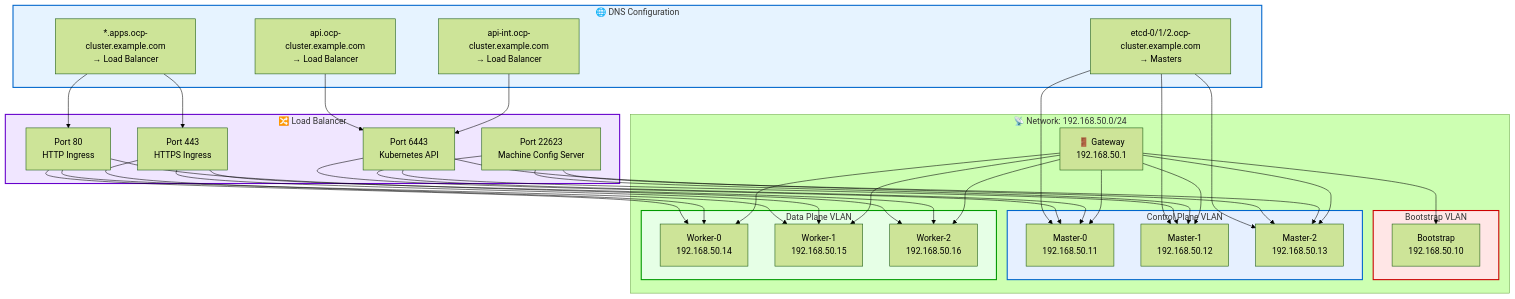
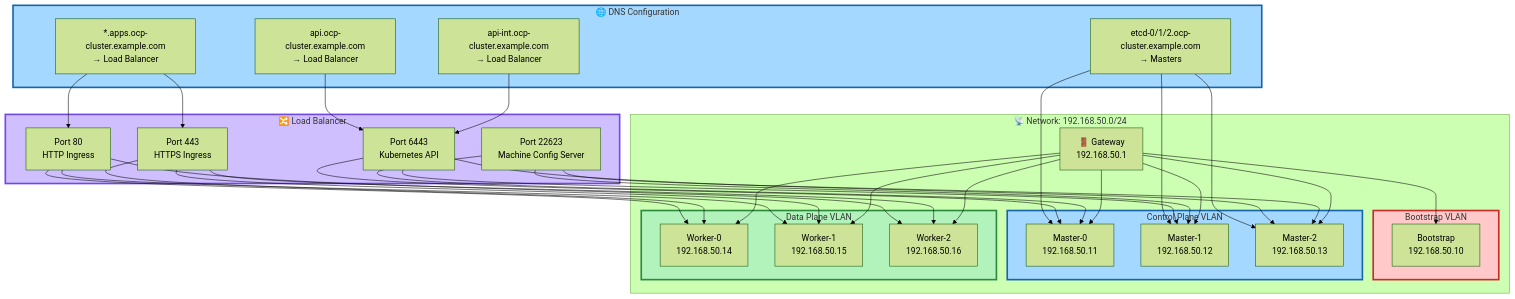
Before and after one commit to Z3ROX-lab/gtt-terraform-pour-openshift-UPI: the third of 8 diagrams in DIAGRAMS_MERMAID.md, drawn with Mermaid (forest theme). The commit also changed other lines of this file, not shown here.

First line of the commit message:
Amélioration des couleurs des diagrammes Mermaid pour meilleure visibilité

````diff
--- a/DIAGRAMS_MERMAID.md
+++ b/DIAGRAMS_MERMAID.md
@@ -171,74 +171,74 @@
 ```mermaid
 graph TB
     subgraph DNS["🌐 DNS Configuration"]
         API_DNS[api.ocp-cluster.example.com<br/>→ Load Balancer]
         API_INT_DNS[api-int.ocp-cluster.example.com<br/>→ Load Balancer]
         APPS_DNS[*.apps.ocp-cluster.example.com<br/>→ Load Balancer]
         ETCD_DNS[etcd-0/1/2.ocp-cluster.example.com<br/>→ Masters]
     end
 
     subgraph LB["🔀 Load Balancer"]
         LB_API[Port 6443<br/>Kubernetes API]
         LB_MCS[Port 22623<br/>Machine Config Server]
         LB_HTTP[Port 80<br/>HTTP Ingress]
         LB_HTTPS[Port 443<br/>HTTPS Ingress]
     end
 
     subgraph Network["📡 Network: 192.168.50.0/24"]
         GW[🚪 Gateway<br/>192.168.50.1]
 
         subgraph Bootstrap_Net["Bootstrap VLAN"]
             BS[Bootstrap<br/>192.168.50.10]
         end
 
         subgraph Masters_Net["Control Plane VLAN"]
             M0[Master-0<br/>192.168.50.11]
             M1[Master-1<br/>192.168.50.12]
             M2[Master-2<br/>192.168.50.13]
         end
 
         subgraph Workers_Net["Data Plane VLAN"]
             W0[Worker-0<br/>192.168.50.14]
             W1[Worker-1<br/>192.168.50.15]
             W2[Worker-2<br/>192.168.50.16]
         end
     end
 
     API_DNS --> LB_API
     API_INT_DNS --> LB_API
     APPS_DNS --> LB_HTTP
     APPS_DNS --> LB_HTTPS
     ETCD_DNS --> M0
     ETCD_DNS --> M1
     ETCD_DNS --> M2
 
     LB_API --> M0
     LB_API --> M1
     LB_API --> M2
 
     LB_MCS --> M0
     LB_MCS --> M1
     LB_MCS --> M2
 
     LB_HTTP --> W0
     LB_HTTP --> W1
     LB_HTTP --> W2
 
     LB_HTTPS --> W0
     LB_HTTPS --> W1
     LB_HTTPS --> W2
 
     GW --> BS
     GW --> M0
     GW --> M1
     GW --> M2
     GW --> W0
     GW --> W1
     GW --> W2
 
-    style DNS fill:#e6f3ff,stroke:#0066cc,stroke-width:2px
-    style LB fill:#f0e6ff,stroke:#6600cc,stroke-width:2px
-    style Bootstrap_Net fill:#ffe6e6,stroke:#cc0000,stroke-width:2px
-    style Masters_Net fill:#e6f0ff,stroke:#0066cc,stroke-width:2px
-    style Workers_Net fill:#e6ffe6,stroke:#009900,stroke-width:2px
+    style DNS fill:#a5d8ff,stroke:#1864ab,stroke-width:3px
+    style LB fill:#d0bfff,stroke:#7048e8,stroke-width:3px
+    style Bootstrap_Net fill:#ffc9c9,stroke:#c92a2a,stroke-width:3px
+    style Masters_Net fill:#a5d8ff,stroke:#1864ab,stroke-width:3px
+    style Workers_Net fill:#b2f2bb,stroke:#2b8a3e,stroke-width:3px
 ```
````
